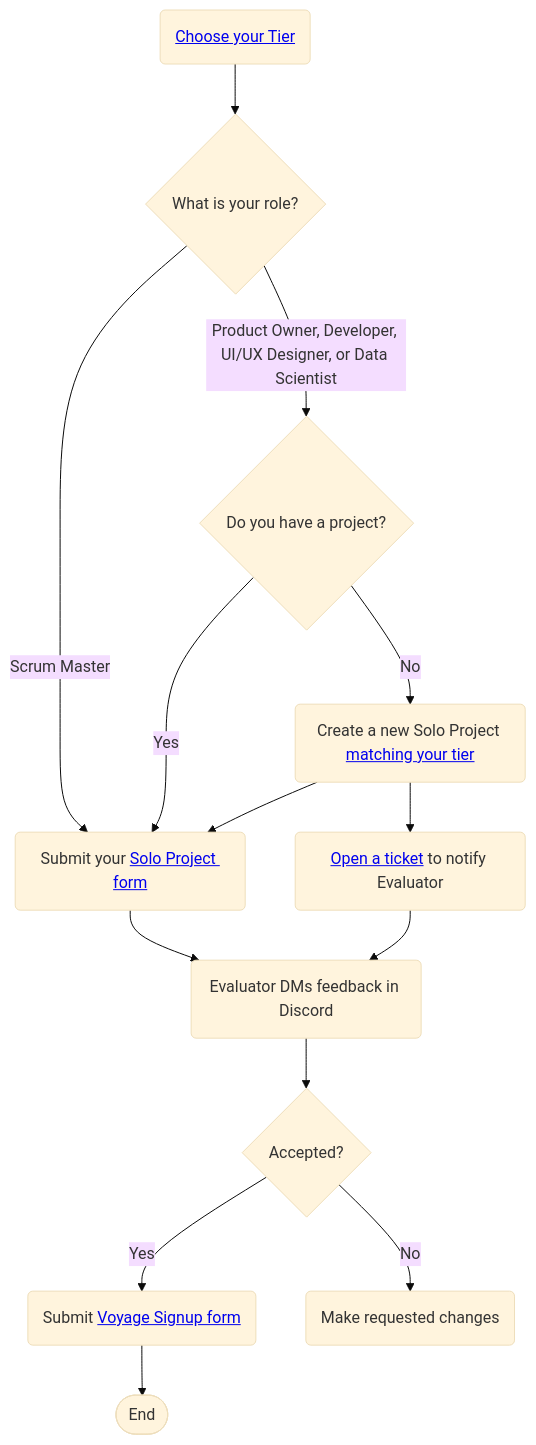
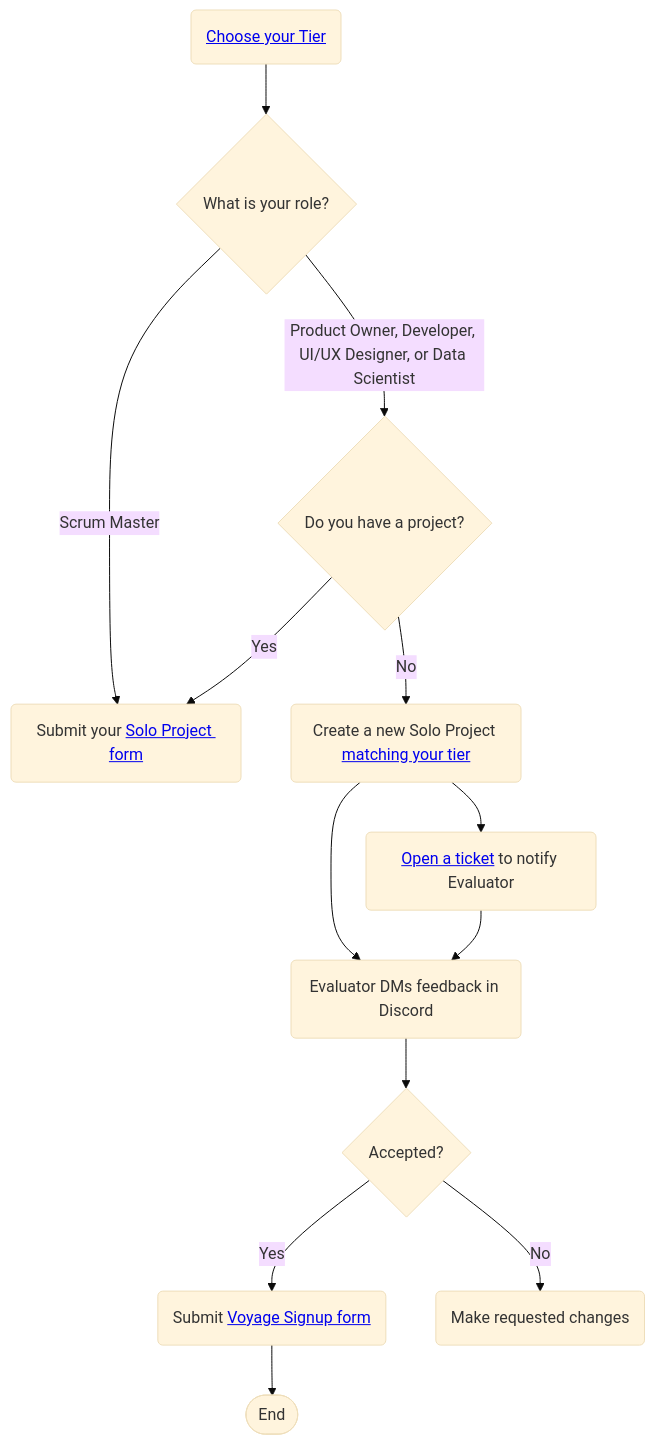
The diagram in docs/guides/soloproject/soloproject.md (chingu-voyages/Handbook), drawn with Mermaid (base theme) before and after one commit.

Commit message:
Feature: Refine Solo Project flowchart

````diff
--- a/docs/guides/soloproject/soloproject.md
+++ b/docs/guides/soloproject/soloproject.md
@@ -17,18 +17,17 @@
 ```mermaid
 graph TB
     A(<a href='https://github.com/chingu-voyages/Handbook/blob/main/docs/guides/soloproject/soloproject.md#1-choose-your-tier-1%EF%B8%8F%E2%83%A3-2%EF%B8%8F%E2%83%A3-3%EF%B8%8F%E2%83%A3'>Choose your Tier</a>) --> B{What is your role?}
     B -- Scrum Master --> G
     B -- Product Owner, Developer, UI/UX Designer, or Data Scientist --> F{Do you have a project?}
     F -- Yes --> G(Submit your <a href='https://forms.gle/D3Nu1VvfH3FDFBRr6'>Solo Project form</a>)
     F -- No --> H(Create a new Solo Project <a href='https://github.com/chingu-voyages/Handbook/blob/main/docs/guides/soloproject/soloproject.md#2-submit-a-project-that-matches-your-tier-'>matching your tier</a>)
-    H --> G
-    G --> I(Evaluator DMs feedback in Discord)
+    H --> I(Evaluator DMs feedback in Discord)
 
     I --> J{Accepted?};
     J -- Yes --> K(Submit <a href='https://forms.gle/dFaNuYWAjARd99qo8' target='_blank'>Voyage Signup form</a>);
     J -- No --> L(Make requested changes);
     H --> M(<a href='https://discord.com/channels/330284646283608064/1193342042080817323' target='_blank'>Open a ticket</a> to notify Evaluator);
     M --> I;
 
     K --> Z([End]);
 ```
````
